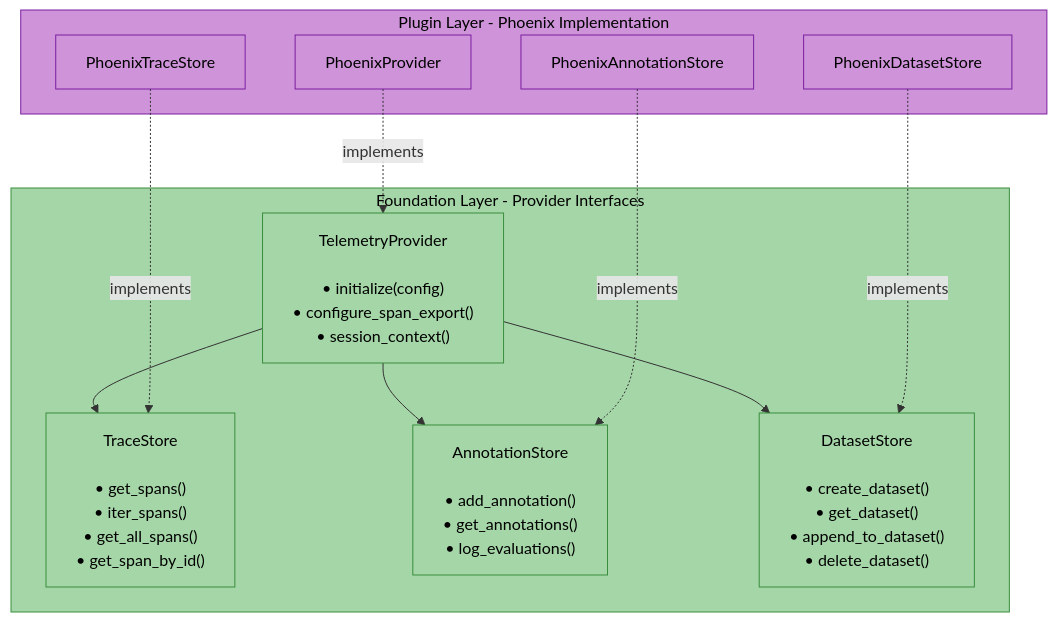
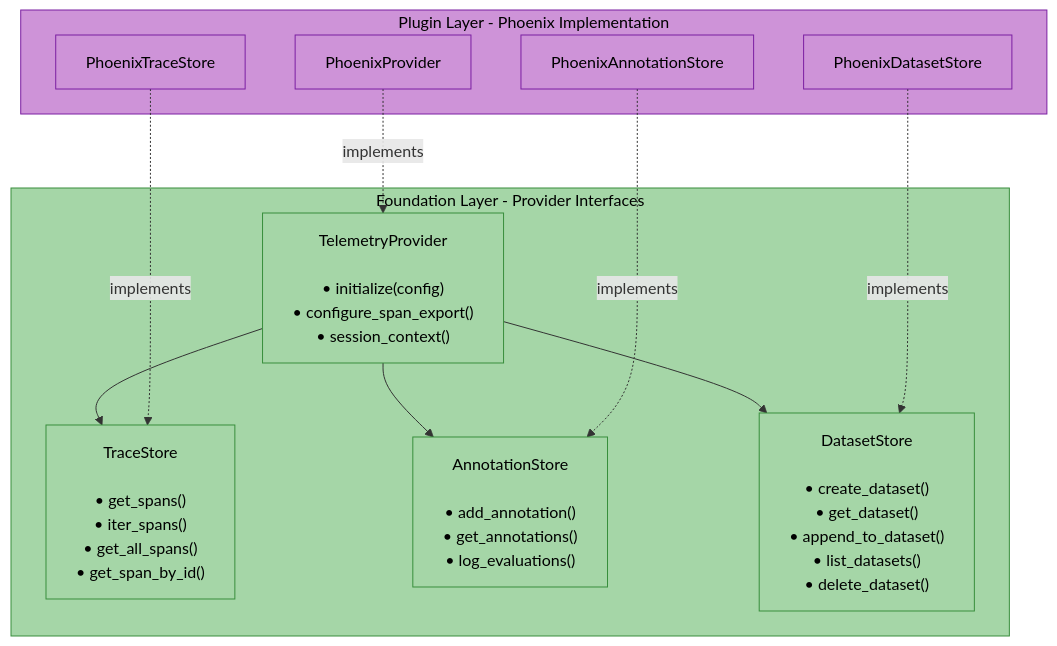
One commit to amit-jain/cogniverse changed the fourth of 4 diagrams in docs/modules/telemetry.md. Above: the diagram before and after it, drawn with Mermaid. The commit also changed other lines of this file and 7 other files, not shown here.

First line of the commit message:
Add list_datasets to the telemetry DatasetStore contract

````diff
--- a/docs/modules/telemetry.md
+++ b/docs/modules/telemetry.md
@@ -351,36 +351,36 @@
 ```mermaid
 flowchart TB
     subgraph Abstraction["<span style='color:#000'>Foundation Layer - Provider Interfaces</span>"]
         TelemetryProvider["<span style='color:#000'>TelemetryProvider<br/><br/>• initialize(config)<br/>• configure_span_export()<br/>• session_context()</span>"]
         TraceStore["<span style='color:#000'>TraceStore<br/><br/>• get_spans()<br/>• iter_spans()<br/>• get_all_spans()<br/>• get_span_by_id()</span>"]
         AnnotationStore["<span style='color:#000'>AnnotationStore<br/><br/>• add_annotation()<br/>• get_annotations()<br/>• log_evaluations()</span>"]
-        DatasetStore["<span style='color:#000'>DatasetStore<br/><br/>• create_dataset()<br/>• get_dataset()<br/>• append_to_dataset()<br/>• delete_dataset()</span>"]
+        DatasetStore["<span style='color:#000'>DatasetStore<br/><br/>• create_dataset()<br/>• get_dataset()<br/>• append_to_dataset()<br/>• list_datasets()<br/>• delete_dataset()</span>"]
     end
 
     TelemetryProvider --> TraceStore
     TelemetryProvider --> AnnotationStore
     TelemetryProvider --> DatasetStore
 
     subgraph Implementation["<span style='color:#000'>Plugin Layer - Phoenix Implementation</span>"]
         PhoenixProvider["<span style='color:#000'>PhoenixProvider</span>"]
         PhoenixTraceStore["<span style='color:#000'>PhoenixTraceStore</span>"]
         PhoenixAnnotationStore["<span style='color:#000'>PhoenixAnnotationStore</span>"]
         PhoenixDatasetStore["<span style='color:#000'>PhoenixDatasetStore</span>"]
     end
 
     PhoenixProvider -.->|implements| TelemetryProvider
     PhoenixTraceStore -.->|implements| TraceStore
     PhoenixAnnotationStore -.->|implements| AnnotationStore
     PhoenixDatasetStore -.->|implements| DatasetStore
 
     style Abstraction fill:#a5d6a7,stroke:#388e3c,color:#000
     style Implementation fill:#ce93d8,stroke:#7b1fa2,color:#000
     style TelemetryProvider fill:#a5d6a7,stroke:#388e3c,color:#000
     style TraceStore fill:#a5d6a7,stroke:#388e3c,color:#000
     style AnnotationStore fill:#a5d6a7,stroke:#388e3c,color:#000
     style DatasetStore fill:#a5d6a7,stroke:#388e3c,color:#000
     style PhoenixProvider fill:#ce93d8,stroke:#7b1fa2,color:#000
     style PhoenixTraceStore fill:#ce93d8,stroke:#7b1fa2,color:#000
     style PhoenixAnnotationStore fill:#ce93d8,stroke:#7b1fa2,color:#000
     style PhoenixDatasetStore fill:#ce93d8,stroke:#7b1fa2,color:#000
 ```
````
